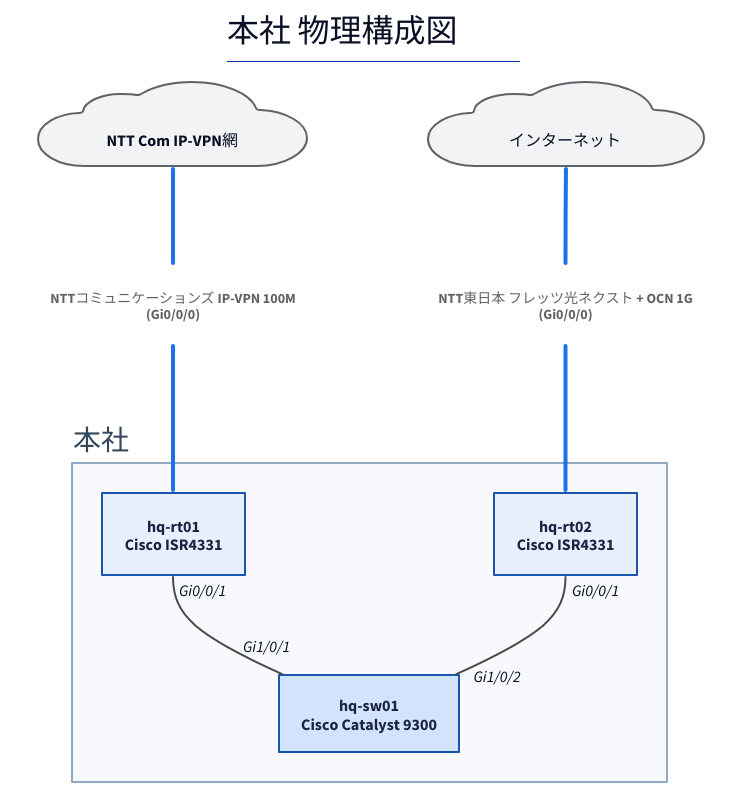
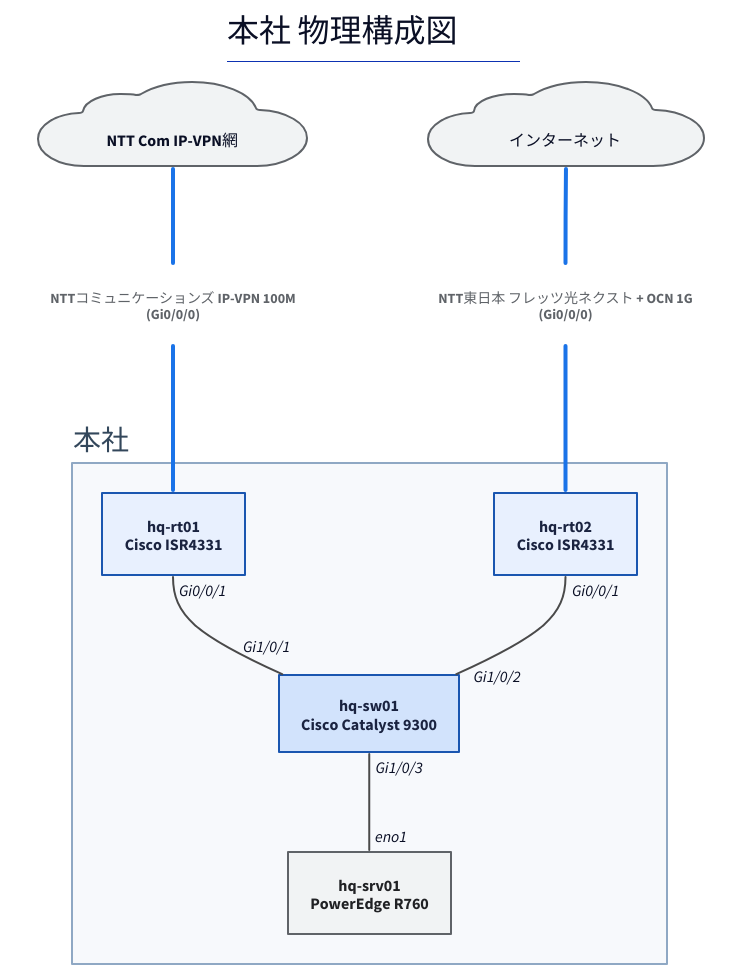
One commit to thinas1115/nwdsl changed the diagram in examples/sample-corp/generated/hq-physical.d2. Above: the diagram before and after it, drawn with D2. The commit also changed 40 other files, not shown here.

First line of the commit message:
論理図でセグメント配下の端末を入れ子表示する機能を追加 (ADR-0009)

```diff
--- a/examples/sample-corp/generated/hq-physical.d2
+++ b/examples/sample-corp/generated/hq-physical.d2
@@ -1,43 +1,45 @@
 title: |md
   # 本社 物理構成図
 | {near: top-center}
 direction: down
 
 classes: {
   role-router: {style.fill: "#e8f0fe"; style.stroke: "#1a56b0"; style.font-color: "#1a2340"}
   role-l3switch: {style.fill: "#d2e3fc"; style.stroke: "#1a56b0"; style.font-color: "#1a2340"}
   role-l2switch: {style.fill: "#e6f4ea"; style.stroke: "#137333"; style.font-color: "#1a2e1f"}
   role-firewall: {style.fill: "#fce8e6"; style.stroke: "#c5221f"; style.font-color: "#3c1a19"}
   role-other: {style.fill: "#f1f3f4"; style.stroke: "#5f6368"; style.font-color: "#202124"}
   node-cloud: {shape: cloud; style.fill: "#f1f3f4"; style.stroke: "#5f6368"}
   node-site: {style.fill: "#fff8e1"; style.stroke: "#b58105"; style.font-color: "#4a3a08"}
   node-segment: {style.fill: "#e2f5f0"; style.stroke: "#0f766e"; style.font-color: "#0b3d38"; style.border-radius: 12}
   node-external: {style.fill: "#ffffff"; style.stroke: "#9aa0a6"; style.stroke-dash: 3}
   group-site: {style.fill: "#f7f9fc"; style.stroke: "#8fa8c4"; style.font-color: "#33475b"}
   edge-label: {style.fill: "transparent"; style.stroke: "transparent"; style.font-size: 14; style.font-color: "#5f6368"; style.italic: true}
   edge-lan-cable: {style.stroke: "#4a4a4a"; style.stroke-width: 2}
   edge-wan-circuit: {style.stroke: "#1a73e8"; style.stroke-width: 4}
   edge-tunnel: {style.stroke: "#7b1fa2"; style.stroke-width: 2; style.stroke-dash: 5}
   edge-logical: {style.stroke: "#188038"; style.stroke-width: 2; style.stroke-dash: 3}
   edge-segment: {style.stroke: "#0f766e"; style.stroke-width: 1}
 }
 
 s_hq: "本社" {
   class: group-site
   label.near: outside-top-left
   n_hq_rt01: "hq-rt01\nCisco ISR4331" {class: role-router}
   n_hq_sw01: "hq-sw01\nCisco Catalyst 9300" {class: role-l3switch; width: 180}
   n_hq_rt02: "hq-rt02\nCisco ISR4331" {class: role-router}
+  n_hq_srv01: "hq-srv01\nPowerEdge R760" {class: role-other}
 }
 
 n_ipvpn: "　NTT Com IP-VPN網　" {class: node-cloud}
 n_internet: "　インターネット　" {class: node-cloud}
 
 s_hq.n_hq_rt01 -- s_hq.n_hq_sw01 {class: edge-lan-cable; source-arrowhead.label: "Gi0/0/1"; target-arrowhead.label: "Gi1/0/1"}
 s_hq.n_hq_rt02 -- s_hq.n_hq_sw01 {class: edge-lan-cable; source-arrowhead.label: "Gi0/0/1"; target-arrowhead.label: "Gi1/0/2"}
-lbl_2: "NTTコミュニケーションズ IP-VPN 100M\n(Gi0/0/0)" {class: edge-label}
-n_ipvpn -- lbl_2 {class: edge-wan-circuit}
-lbl_2 -- s_hq.n_hq_rt01 {class: edge-wan-circuit}
-lbl_3: "NTT東日本 フレッツ光ネクスト + OCN 1G\n(Gi0/0/0)" {class: edge-label}
-n_internet -- lbl_3 {class: edge-wan-circuit}
-lbl_3 -- s_hq.n_hq_rt02 {class: edge-wan-circuit}
+s_hq.n_hq_sw01 -- s_hq.n_hq_srv01 {class: edge-lan-cable; source-arrowhead.label: "Gi1/0/3"; target-arrowhead.label: "eno1"}
+lbl_3: "NTTコミュニケーションズ IP-VPN 100M\n(Gi0/0/0)" {class: edge-label}
+n_ipvpn -- lbl_3 {class: edge-wan-circuit}
+lbl_3 -- s_hq.n_hq_rt01 {class: edge-wan-circuit}
+lbl_4: "NTT東日本 フレッツ光ネクスト + OCN 1G\n(Gi0/0/0)" {class: edge-label}
+n_internet -- lbl_4 {class: edge-wan-circuit}
+lbl_4 -- s_hq.n_hq_rt02 {class: edge-wan-circuit}
```
